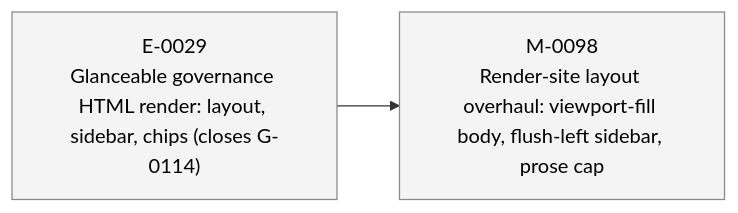
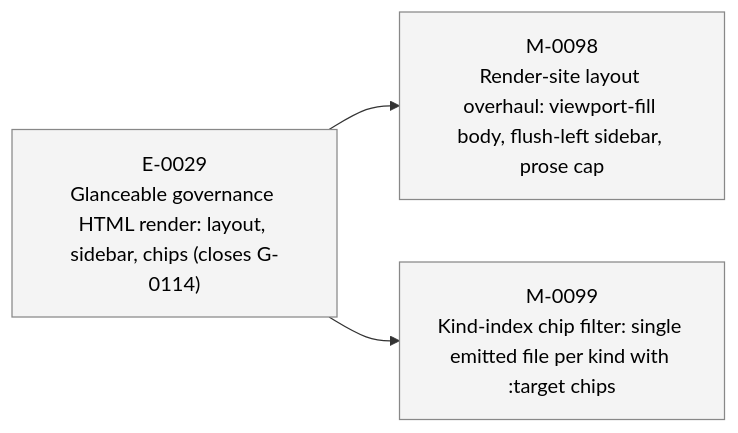
The third of 3 diagrams in STATUS.md (23min/aiwf), drawn with Mermaid before and after one commit. The commit also changed other lines of this file and 1 other file, not shown here.

First line of the commit message:
aiwf add milestone M-0099 "Kind-index chip filter: single emitted file per kind with :target chips"

````diff
--- a/STATUS.md
+++ b/STATUS.md
@@ -68,12 +69,14 @@
 ```mermaid
 flowchart LR
   E_0029["E-0029<br/>Glanceable governance HTML render: layout, sidebar, chips (closes G-0114)"]:::epic_proposed
   M_0098["M-0098<br/>Render-site layout overhaul: viewport-fill body, flush-left sidebar, prose cap"]:::ms_draft
   E_0029 --> M_0098
+  M_0099["M-0099<br/>Kind-index chip filter: single emitted file per kind with :target chips"]:::ms_draft
+  E_0029 --> M_0099
   classDef epic_active fill:#d6eaff,stroke:#1a73e8,color:#000
   classDef epic_proposed fill:#f4f4f4,stroke:#888,color:#000
   classDef ms_done fill:#d8f5d8,stroke:#2a8a2a,color:#000
   classDef ms_in_progress fill:#fff3c4,stroke:#caa400,color:#000
   classDef ms_draft fill:#f4f4f4,stroke:#888,color:#000
   classDef ms_cancelled fill:#fbeaea,stroke:#c33,color:#000
 ```
````
